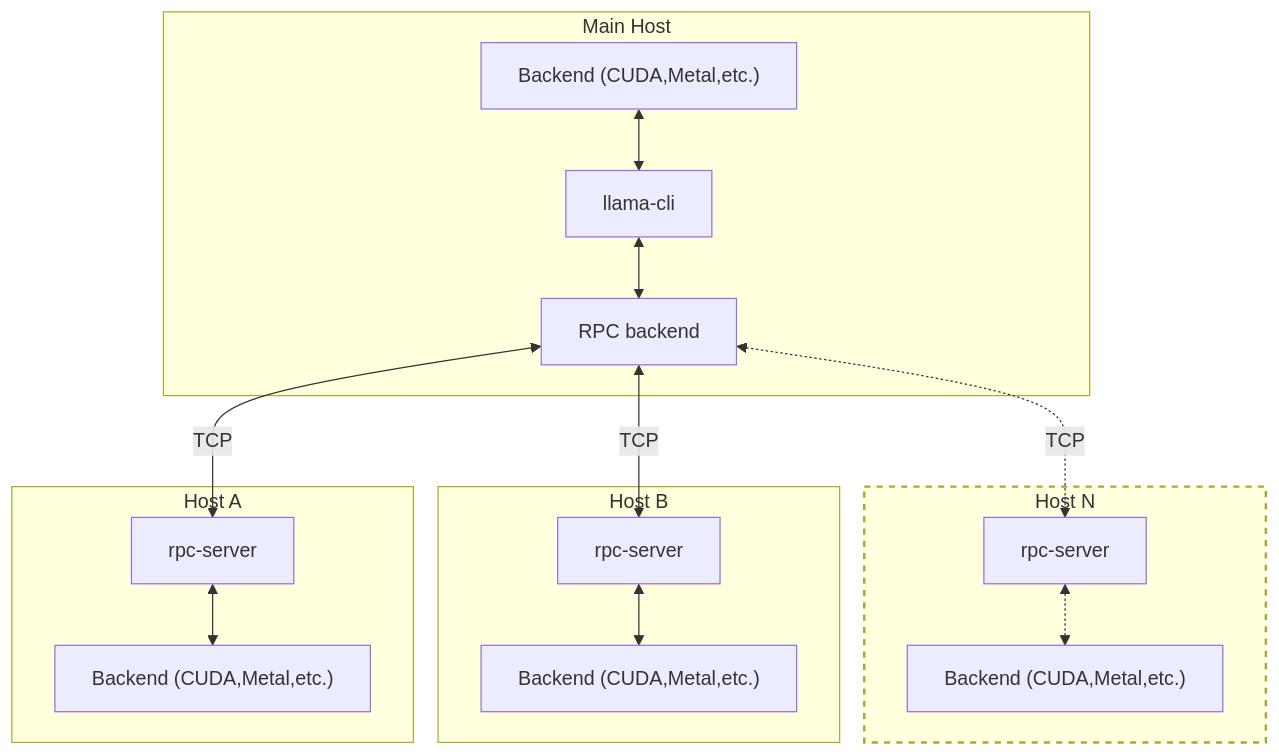
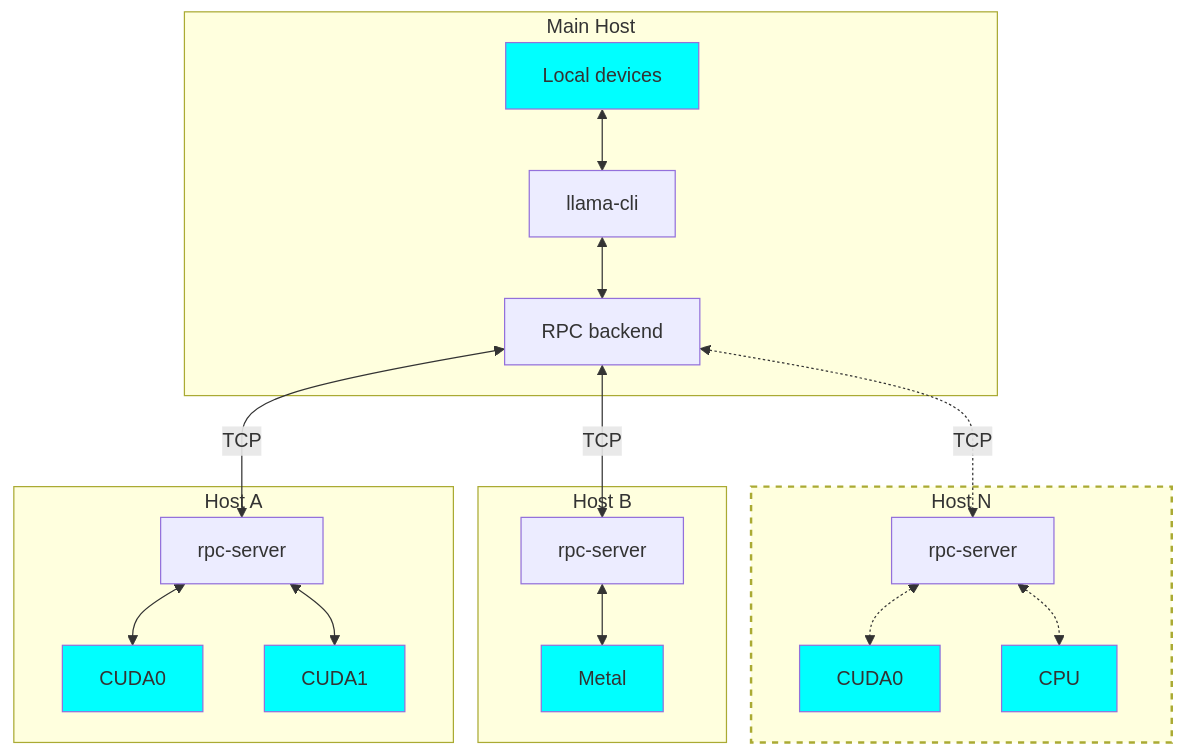
Before and after one commit to ggml-org/llama.cpp: the diagram in tools/rpc/README.md, drawn with Mermaid. The commit also changed other lines of this file, not shown here.

First line of the commit message:
rpc : update documentation

````diff
--- a/tools/rpc/README.md
+++ b/tools/rpc/README.md
@@ -11,20 +11,24 @@
 ```mermaid
 flowchart TD
     rpcb<-->|TCP|srva
     rpcb<-->|TCP|srvb
     rpcb<-.->|TCP|srvn
     subgraph hostn[Host N]
-    srvn[rpc-server]<-.->backend3["Backend (CUDA,Metal,etc.)"]
+    srvn[rpc-server]<-.->dev4["CUDA0"]
+    srvn[rpc-server]<-.->dev5["CPU"]
     end
     subgraph hostb[Host B]
-    srvb[rpc-server]<-->backend2["Backend (CUDA,Metal,etc.)"]
+    srvb[rpc-server]<-->dev3["Metal"]
     end
     subgraph hosta[Host A]
-    srva[rpc-server]<-->backend["Backend (CUDA,Metal,etc.)"]
+    srva[rpc-server]<-->dev["CUDA0"]
+    srva[rpc-server]<-->dev2["CUDA1"]
     end
     subgraph host[Main Host]
-    local["Backend (CUDA,Metal,etc.)"]<-->ggml[llama-cli]
+    local["Local devices"]<-->ggml[llama-cli]
     ggml[llama-cli]<-->rpcb[RPC backend]
     end
     style hostn stroke:#66,stroke-width:2px,stroke-dasharray: 5 5
+    classDef devcls fill:cyan
+    class local,dev,dev2,dev3,dev4,dev5 devcls
 ```
````
